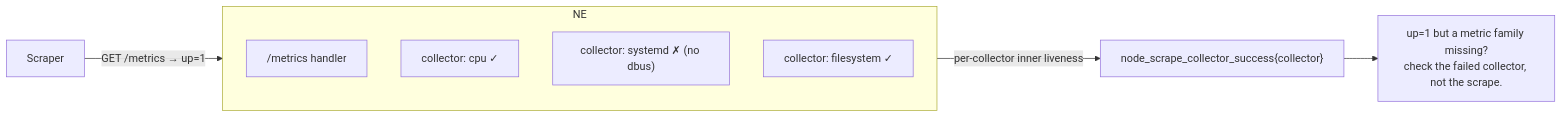
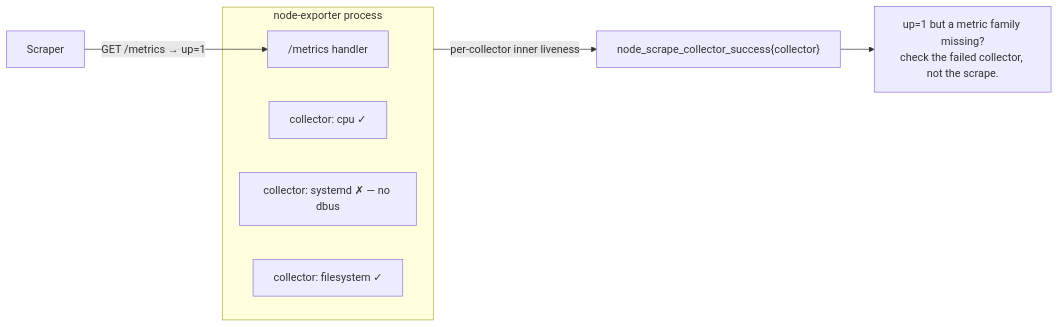
The fourth of 5 diagrams in learning/eod/Topic8.md (mgnimbus/observability), drawn with Mermaid before and after one commit. The commit also changed other lines of this file and 2 other files, not shown here.

Commit message:
learning: fix Mermaid parse bugs in Topic8/Topic7 diagrams
Topic8.md: D5 troubleshooting ladder threw 'Parse error on line 7' —
parentheses in an unquoted edge label (|No (looks like the container)|)
break Mermaid; dropped the parens. D4 reused id 'NE' for both a node and a
subgraph (id collision) — renamed the subgraph NEBOX and pointed the edge at
an inner node. Topic7.md two-liveness diagram had the same node/subgraph id
collision (EXP); same fix. .mmd source synced. All three validated via the
mermaid MCP (render clean).

````diff
--- a/learning/eod/Topic8.md
+++ b/learning/eod/Topic8.md
@@ -216,12 +216,12 @@
 ```mermaid
 flowchart LR
-  SCR["Scraper"] -->|"GET /metrics → up=1"| NE["node-exporter"]
-  subgraph NE
+  SCR["Scraper"] -->|"GET /metrics → up=1"| H
+  subgraph NEBOX["node-exporter process"]
     H["/metrics handler"]
     C1["collector: cpu ✓"]
-    C2["collector: systemd ✗ (no dbus)"]
+    C2["collector: systemd ✗ — no dbus"]
     C3["collector: filesystem ✓"]
   end
-  NE -->|"per-collector inner liveness"| SUC["node_scrape_collector_success{collector}"]
+  NEBOX -->|"per-collector inner liveness"| SUC["node_scrape_collector_success{collector}"]
   SUC --> NOTE["up=1 but a metric family missing?<br/>check the failed collector, not the scrape."]
 ```
````
